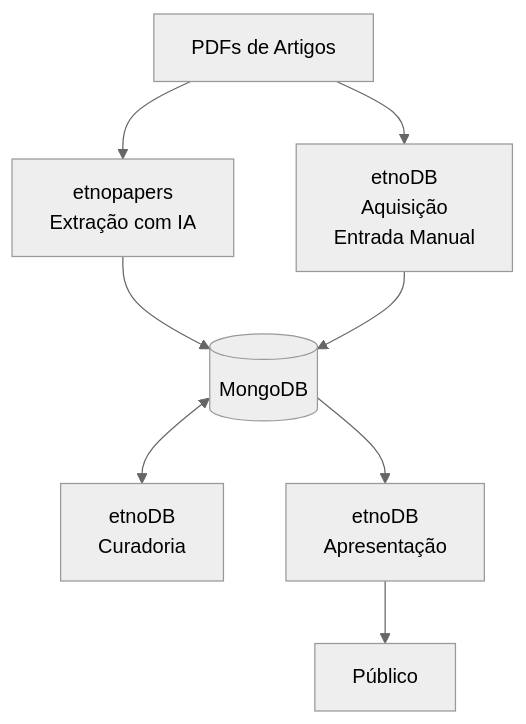
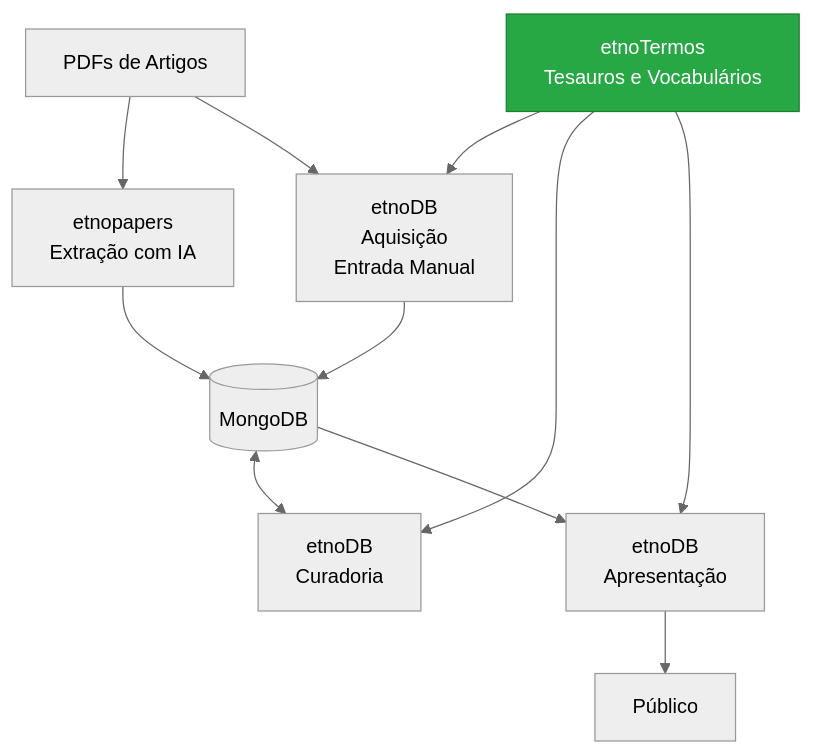
The second of 4 diagrams in README.md (edalcin/Arquitetura-BioCultural), drawn with Mermaid (neutral theme) before and after one commit. The commit also changed other lines of this file and 4 other files, not shown here.

First line of the commit message:
Integrar etnoTermos na arquitetura - Versão 1.3

````diff
--- a/README.md
+++ b/README.md
@@ -188,12 +244,18 @@
 ```mermaid
 graph TB
     PDF[PDFs de Artigos] --> EP[etnopapers<br/>Extração com IA]
     PDF --> ED_ACQ[etnoDB<br/>Aquisição<br/> Entrada Manual]
 
     EP --> MONGO[(MongoDB)]
     ED_ACQ --> MONGO
 
+    ET[etnoTermos<br/>Tesauros e Vocabulários] --> ED_ACQ
+    ET --> ED_CUR
+    ET --> ED_PUB
+
     MONGO <--> ED_CUR[etnoDB<br/>Curadoria]
     MONGO --> ED_PUB[etnoDB<br/>Apresentação]
     ED_PUB --> PUB[Público]
+
+    style ET fill:#28a745,stroke:#1e7e34,color:#ffffff
 ```
````
